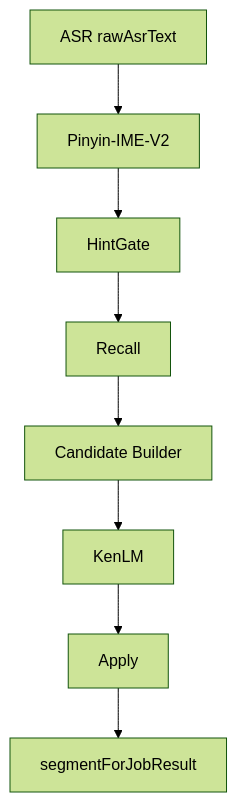
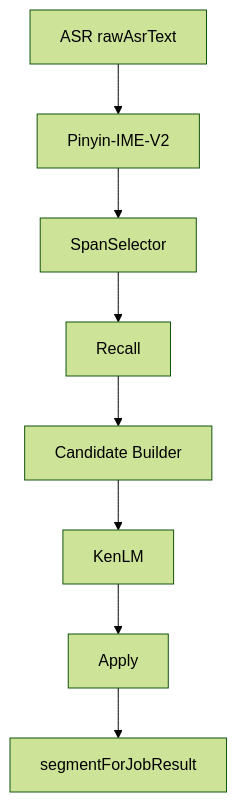
The diagram in docs/pinyin-v2/ARCHITECTURE.md (TinoTau/lingua_1), drawn with Mermaid (forest theme) before and after one commit. The commit also changed other lines of this file and 193 other files, not shown here.

````diff
--- a/docs/pinyin-v2/ARCHITECTURE.md
+++ b/docs/pinyin-v2/ARCHITECTURE.md
@@ -61,12 +61,12 @@
 ```mermaid
 flowchart TB
   ASR[ASR rawAsrText]
   IME[Pinyin-IME-V2]
-  HG[HintGate]
+  SS[SpanSelector]
   RC[Recall]
   CB[Candidate Builder]
   KL[KenLM]
   AP[Apply]
   OUT[segmentForJobResult]
-  ASR --> IME --> HG --> RC --> CB --> KL --> AP --> OUT
+  ASR --> IME --> SS --> RC --> CB --> KL --> AP --> OUT
 ```
````
